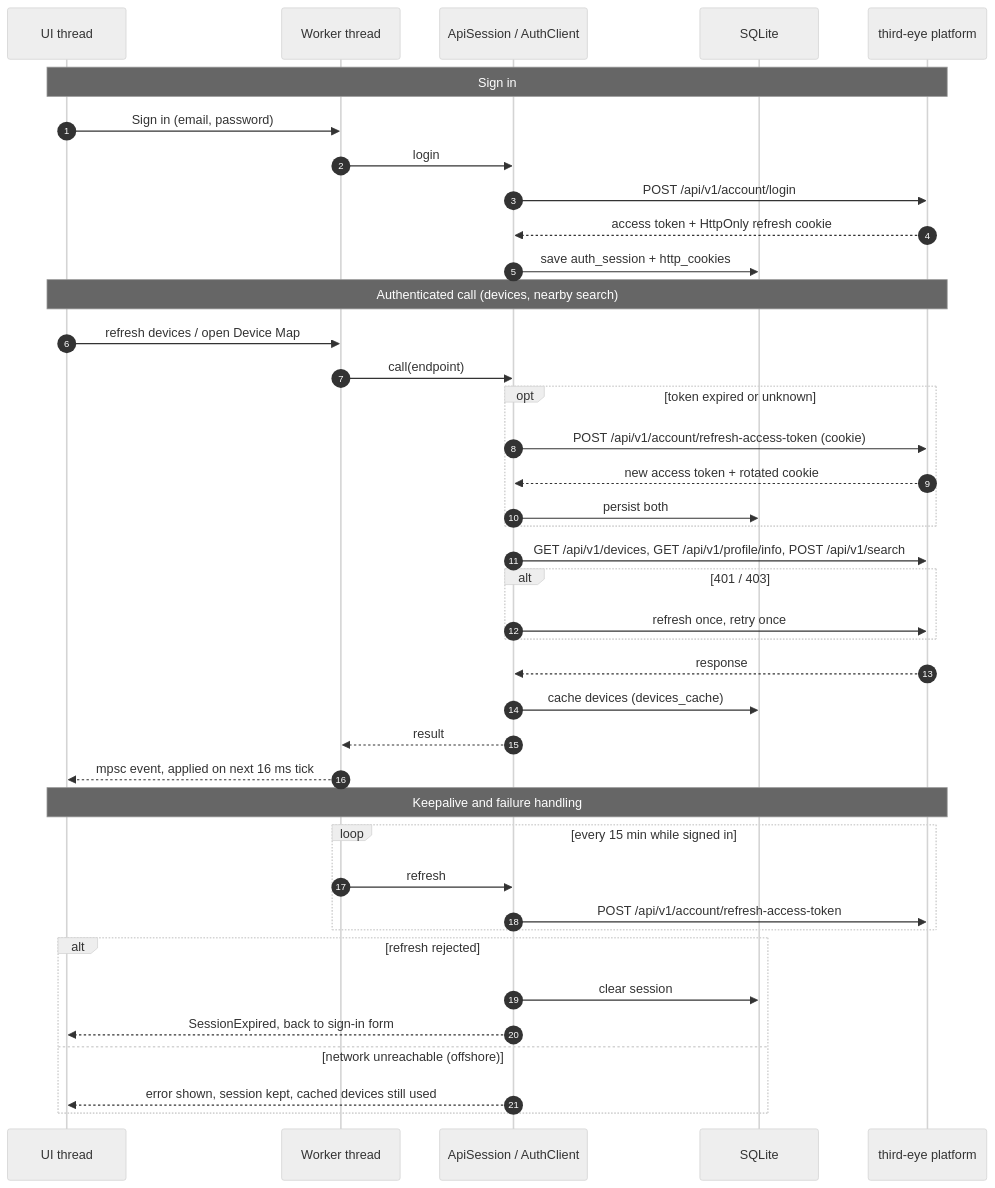
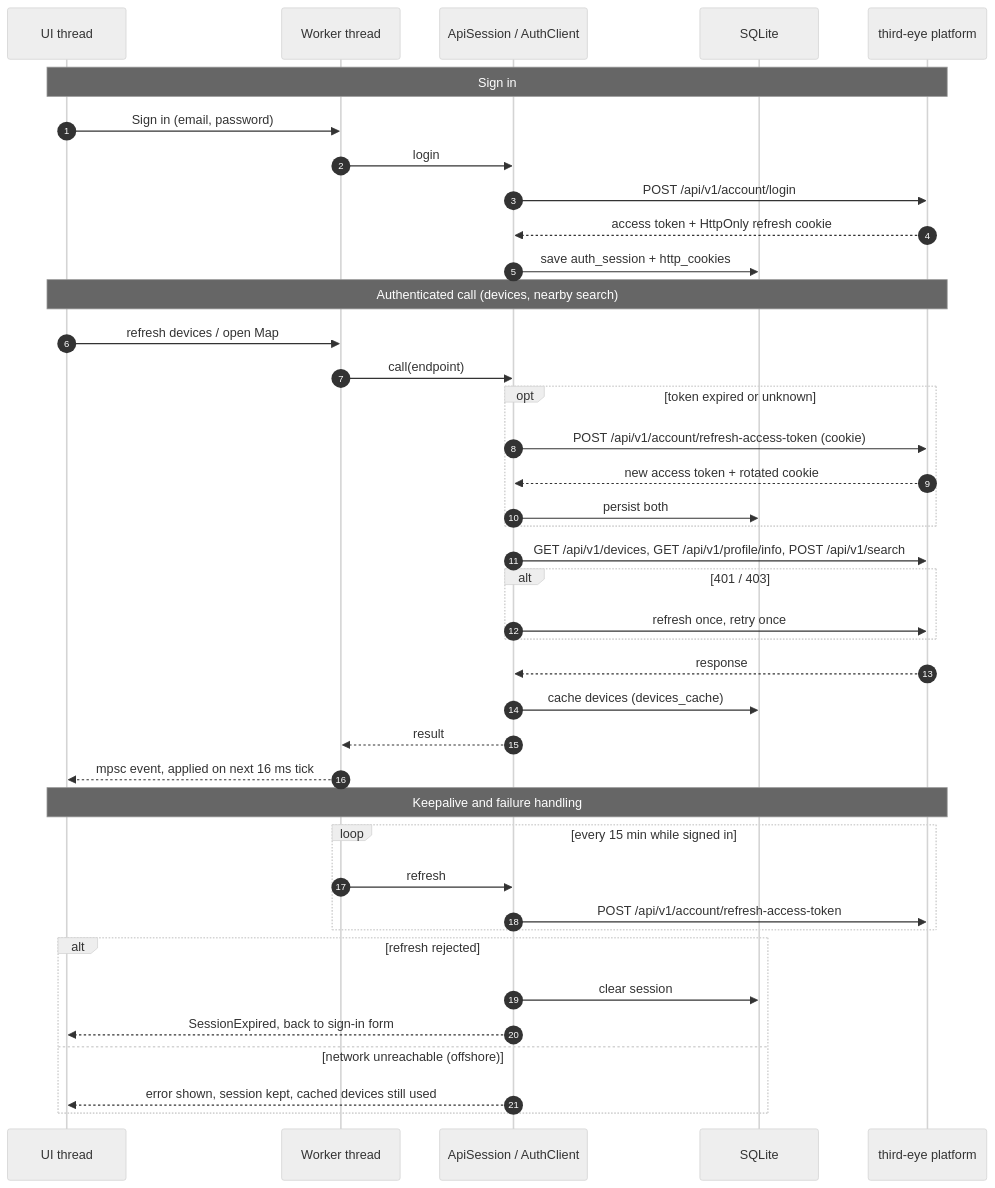
The second of 2 diagrams in docs/reference/architecture.md (marshalling-ltd/third-eye-client), drawn with Mermaid (neutral theme) before and after one commit. The commit also changed other lines of this file and 33 other files, not shown here.

````diff
--- a/docs/reference/architecture.md
+++ b/docs/reference/architecture.md
@@ -54,45 +54,45 @@
 ```mermaid
 sequenceDiagram
     autonumber
     participant UI as UI thread
     participant W as Worker thread
     participant S as ApiSession / AuthClient
     participant DB as SQLite
     participant P as third-eye platform
 
     Note over UI,P: Sign in
     UI->>W: Sign in (email, password)
     W->>S: login
     S->>P: POST /api/v1/account/login
     P-->>S: access token + HttpOnly refresh cookie
     S->>DB: save auth_session + http_cookies
 
     Note over UI,P: Authenticated call (devices, nearby search)
-    UI->>W: refresh devices / open Device Map
+    UI->>W: refresh devices / open Map
     W->>S: call(endpoint)
     opt token expired or unknown
         S->>P: POST /api/v1/account/refresh-access-token (cookie)
         P-->>S: new access token + rotated cookie
         S->>DB: persist both
     end
     S->>P: GET /api/v1/devices, GET /api/v1/profile/info, POST /api/v1/search
     alt 401 / 403
         S->>P: refresh once, retry once
     end
     P-->>S: response
     S->>DB: cache devices (devices_cache)
     S-->>W: result
     W-->>UI: mpsc event, applied on next 16 ms tick
 
     Note over UI,P: Keepalive and failure handling
     loop every 15 min while signed in
         W->>S: refresh
         S->>P: POST /api/v1/account/refresh-access-token
     end
     alt refresh rejected
         S->>DB: clear session
         S-->>UI: SessionExpired, back to sign-in form
     else network unreachable (offshore)
         S-->>UI: error shown, session kept, cached devices still used
     end
 ```
````
